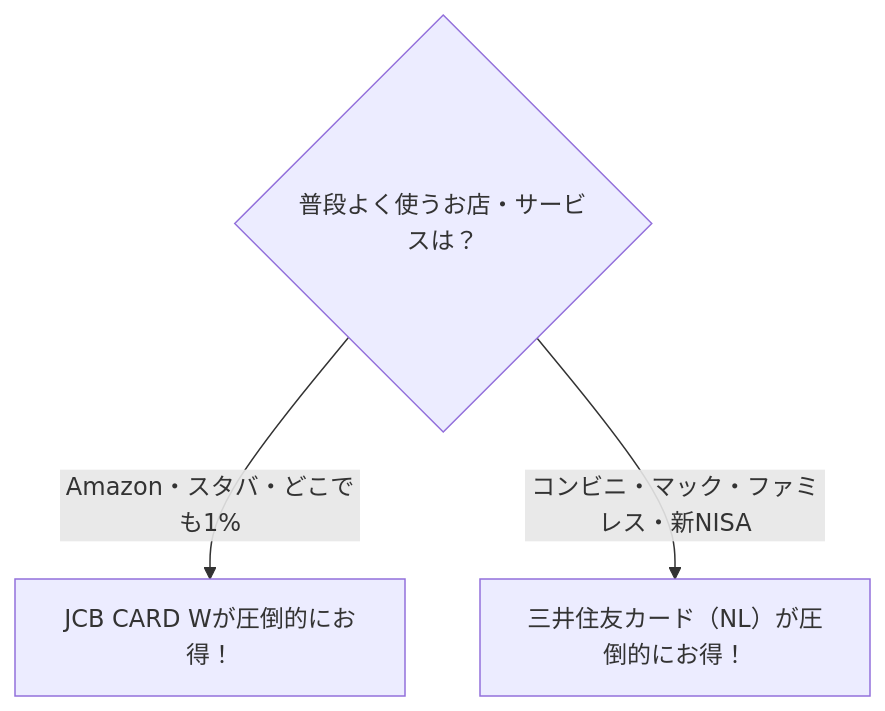
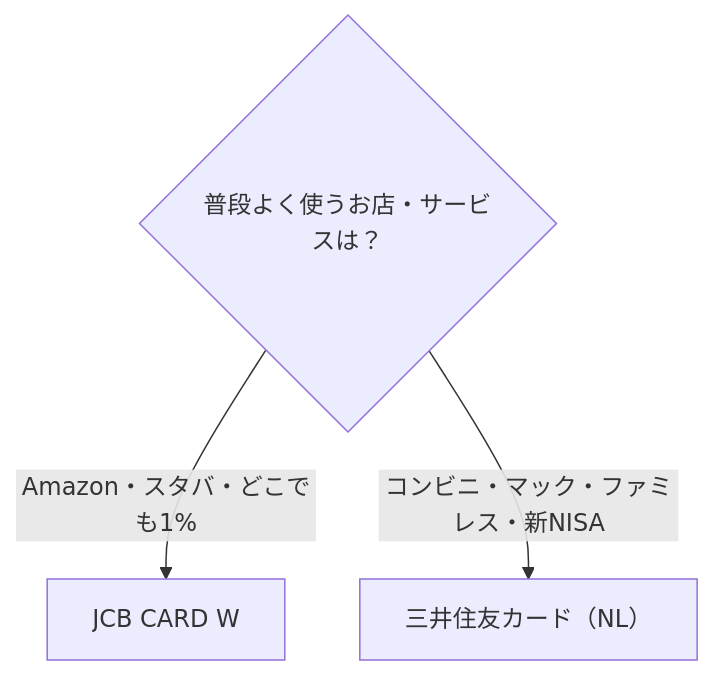
One commit to AGETARO/pr-king changed the diagram in content/posts/jcb-card-w-vs-smbc-card-nl.md. Above: the diagram before and after it, drawn with Mermaid. The commit also changed other lines of this file and 23 other files, not shown here.

````diff
--- a/content/posts/jcb-card-w-vs-smbc-card-nl.md
+++ b/content/posts/jcb-card-w-vs-smbc-card-nl.md
@@ -60,6 +58,6 @@
 ```mermaid
 flowchart TD
     Q1{"普段よく使うお店・サービスは？"}
-    Q1 -->|Amazon・スタバ・どこでも1%| JCB["JCB CARD Wが圧倒的にお得！"]
-    Q1 -->|コンビニ・マック・ファミレス・新NISA| SMBC["三井住友カード（NL）が圧倒的にお得！"]
+    Q1 -->|Amazon・スタバ・どこでも1%| JCB["JCB CARD W"]
+    Q1 -->|コンビニ・マック・ファミレス・新NISA| SMBC["三井住友カード（NL）"]
 ```
````
